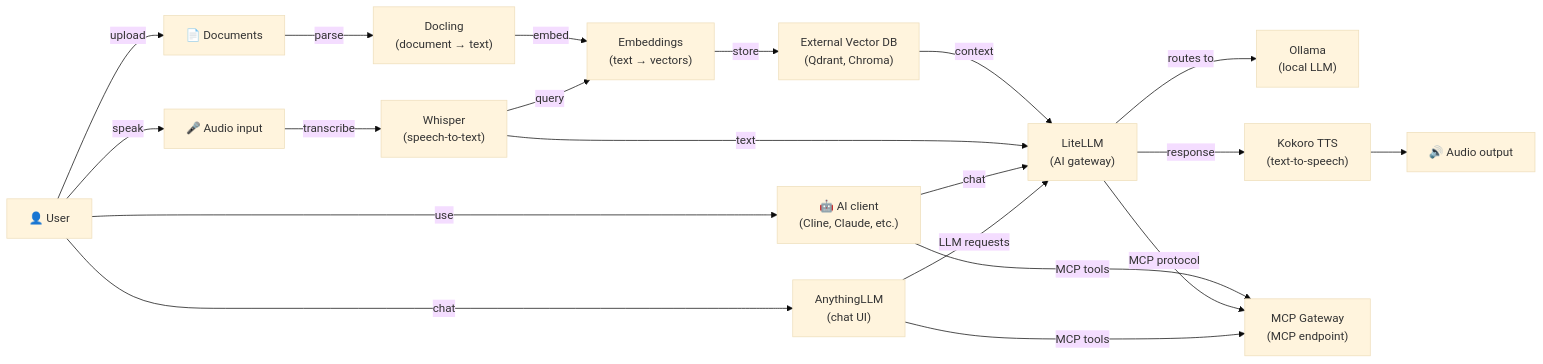
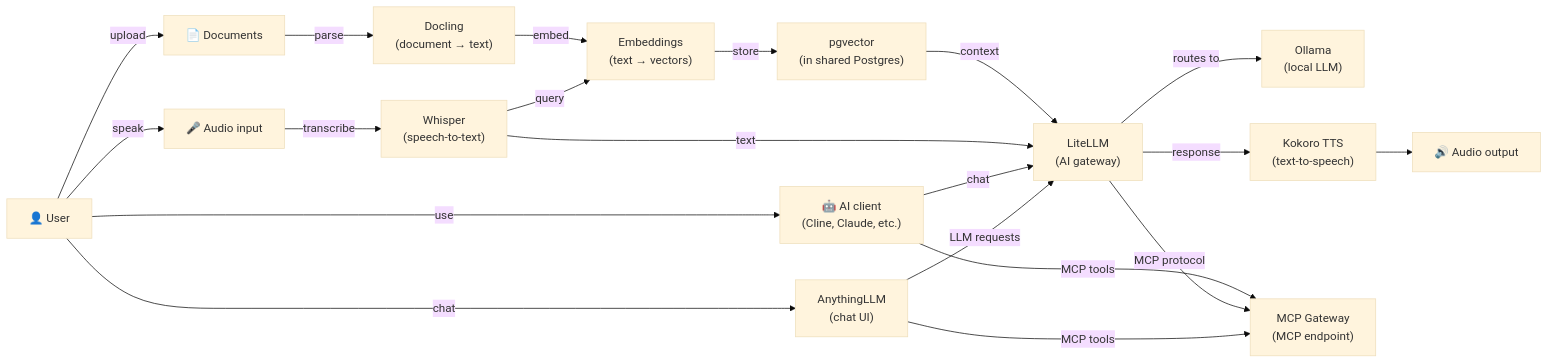
The diagram in README.md (hwdsl2/self-hosted-ai-stack), drawn with Mermaid (base theme) before and after one commit. The commit also changed other lines of this file and 35 other files, not shown here.

````diff
--- a/README.md
+++ b/README.md
@@ -147,22 +155,22 @@
 ```mermaid
 graph LR
     A["🎤 Audio input"] -->|transcribe| W["Whisper<br/>(speech-to-text)"]
     D["📄 Documents"] -->|parse| DC["Docling<br/>(document → text)"]
     DC -->|embed| E["Embeddings<br/>(text → vectors)"]
-    E -->|store| VDB["External Vector DB<br/>(Qdrant, Chroma)"]
+    E -->|store| VDB["pgvector<br/>(in shared Postgres)"]
     W -->|query| E
     VDB -->|context| L["LiteLLM<br/>(AI gateway)"]
     W -->|text| L
     L -->|routes to| O["Ollama<br/>(local LLM)"]
     L -->|response| T["Kokoro TTS<br/>(text-to-speech)"]
     T --> B["🔊 Audio output"]
     C["🤖 AI client<br/>(Cline, Claude, etc.)"] -->|MCP tools| M["MCP Gateway<br/>(MCP endpoint)"]
     C -->|chat| L
     L -->|MCP protocol| M
     U["👤 User"] -->|chat| AN["AnythingLLM<br/>(chat UI)"]
     AN -->|LLM requests| L
     AN -->|MCP tools| M
     U -->|use| C
     U -->|speak| A
     U -->|upload| D
 ```
````
